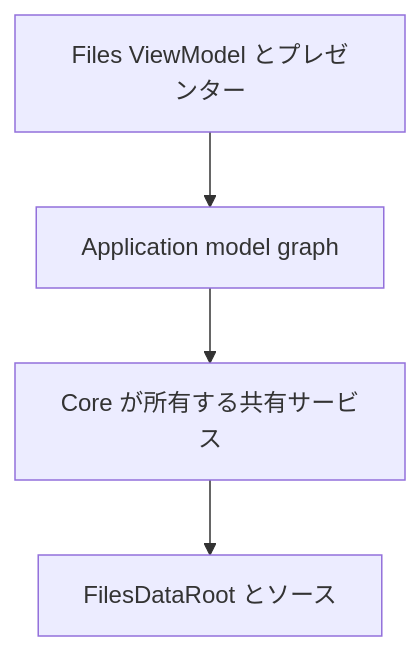
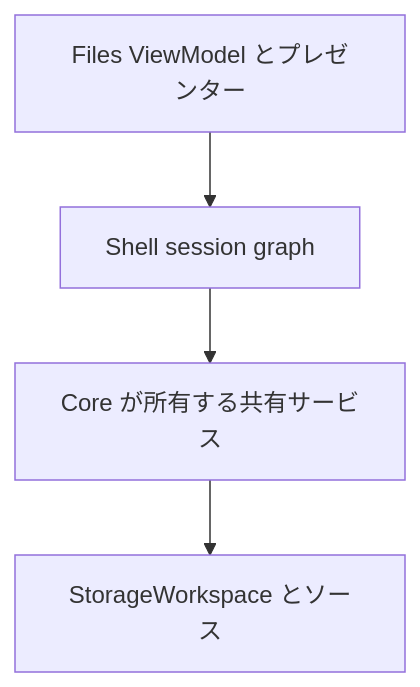
The second of 2 diagrams in docs/composition.md (0x5bfa/ReFiles), drawn with Mermaid before and after one commit. The commit also changed other lines of this file and 93 other files, not shown here.

Commit message:
Rearchitect application state management

````diff
--- a/docs/composition.md
+++ b/docs/composition.md
@@ -139,11 +139,11 @@
 ```mermaid
 flowchart TD
     UI["Files ViewModel とプレゼンター"]
-    App["Application model graph"]
+    App["Shell session graph"]
     Shared["Core が所有する共有サービス"]
-    Sources["FilesDataRoot とソース"]
+    Sources["StorageWorkspace とソース"]
 
     UI --> App
     App --> Shared
     Shared --> Sources
 ```
````
